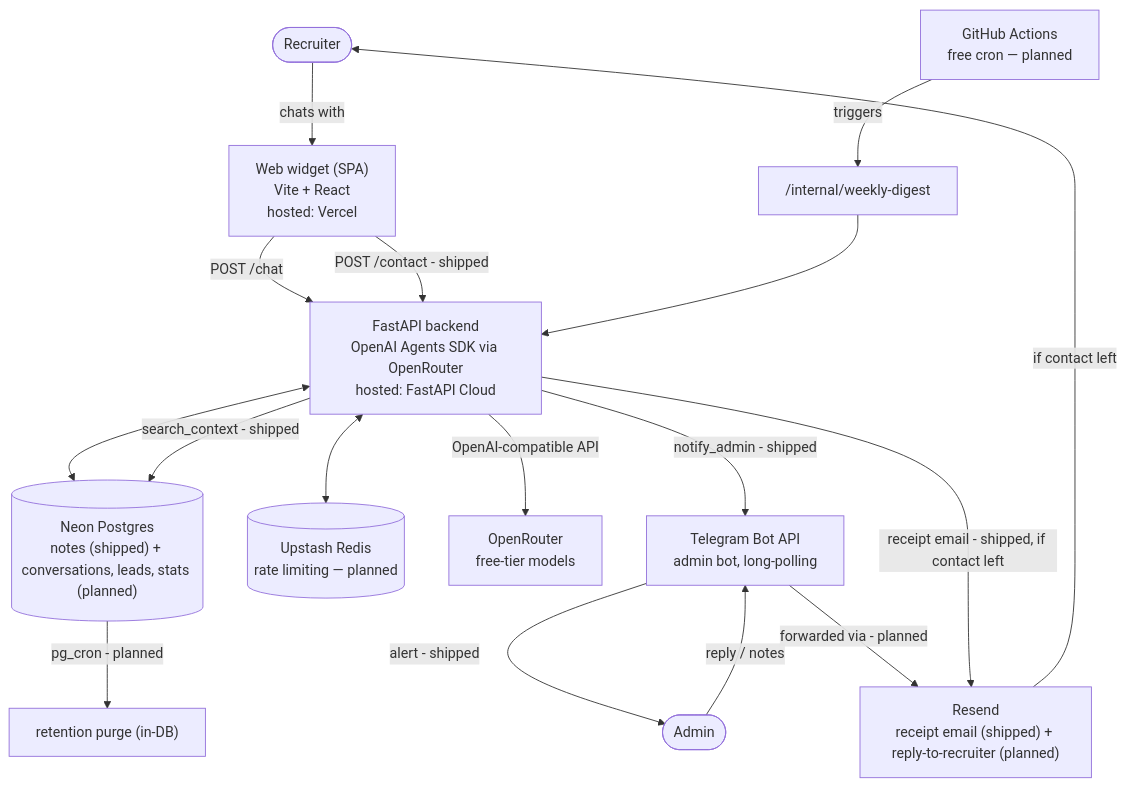
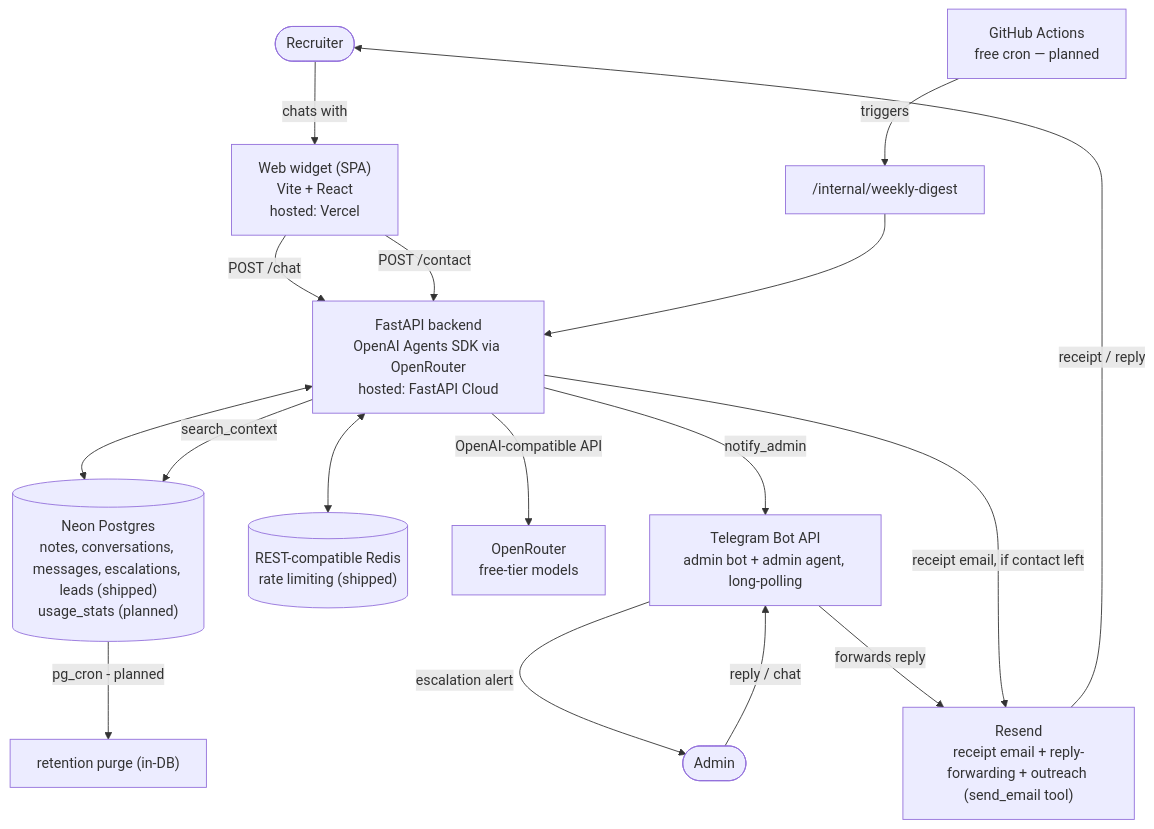
Before and after one commit to Chitresh-code/relay: the first of 2 diagrams in docs/ARCHITECTURE.md, drawn with Mermaid. The commit also changed other lines of this file and 17 other files, not shown here.

Commit message:
feat(escalation): forward Telegram replies to email, add admin chat agent (#14)

````diff
--- a/docs/ARCHITECTURE.md
+++ b/docs/ARCHITECTURE.md
@@ -7,22 +7,22 @@
 ```mermaid
 flowchart TD
     Recruiter([Recruiter]) -->|chats with| Widget["Web widget (SPA)<br/>Vite + React<br/>hosted: Vercel"]
     Widget -->|POST /chat| Backend["FastAPI backend<br/>OpenAI Agents SDK via OpenRouter<br/>hosted: FastAPI Cloud"]
-    Widget -->|"POST /contact - shipped"| Backend
+    Widget -->|POST /contact| Backend
 
-    Backend <--> DB[("Neon Postgres<br/>notes (shipped) + conversations, leads, stats (planned)")]
-    Backend <--> Redis[("Upstash Redis<br/>rate limiting — planned")]
+    Backend <--> DB[("Neon Postgres<br/>notes, conversations, messages, escalations, leads (shipped)<br/>usage_stats (planned)")]
+    Backend <--> Redis[("REST-compatible Redis<br/>rate limiting (shipped)")]
     Backend -->|OpenAI-compatible API| OpenRouter["OpenRouter<br/>free-tier models"]
 
-    Backend -->|"notify_admin - shipped"| TG["Telegram Bot API<br/>admin bot, long-polling"]
-    Backend -->|"search_context - shipped"| DB
-    TG -->|alert - shipped| Admin([Admin])
-    Admin -->|reply / notes| TG
-    TG -->|"forwarded via - planned"| Resend["Resend<br/>receipt email (shipped) + reply-to-recruiter (planned)"]
-    Backend -->|"receipt email - shipped, if contact left"| Resend
-    Resend -->|if contact left| Recruiter
+    Backend -->|notify_admin| TG["Telegram Bot API<br/>admin bot + admin agent, long-polling"]
+    Backend -->|search_context| DB
+    TG -->|escalation alert| Admin([Admin])
+    Admin -->|reply / chat| TG
+    TG -->|forwards reply| Resend["Resend<br/>receipt email + reply-forwarding + outreach (send_email tool)"]
+    Backend -->|receipt email, if contact left| Resend
+    Resend -->|receipt / reply| Recruiter
 
     DB -->|"pg_cron - planned"| Purge["retention purge (in-DB)"]
     Cron["GitHub Actions<br/>free cron — planned"] -->|triggers| Digest["/internal/weekly-digest"]
     Digest --> Backend
 ```
````
